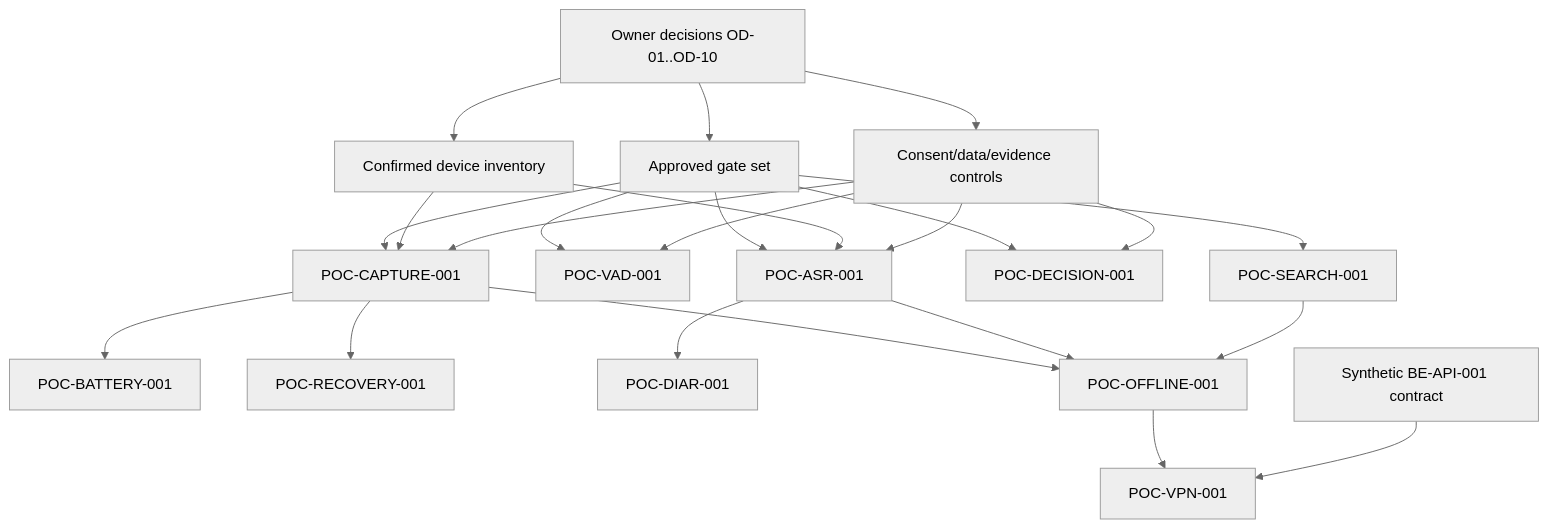
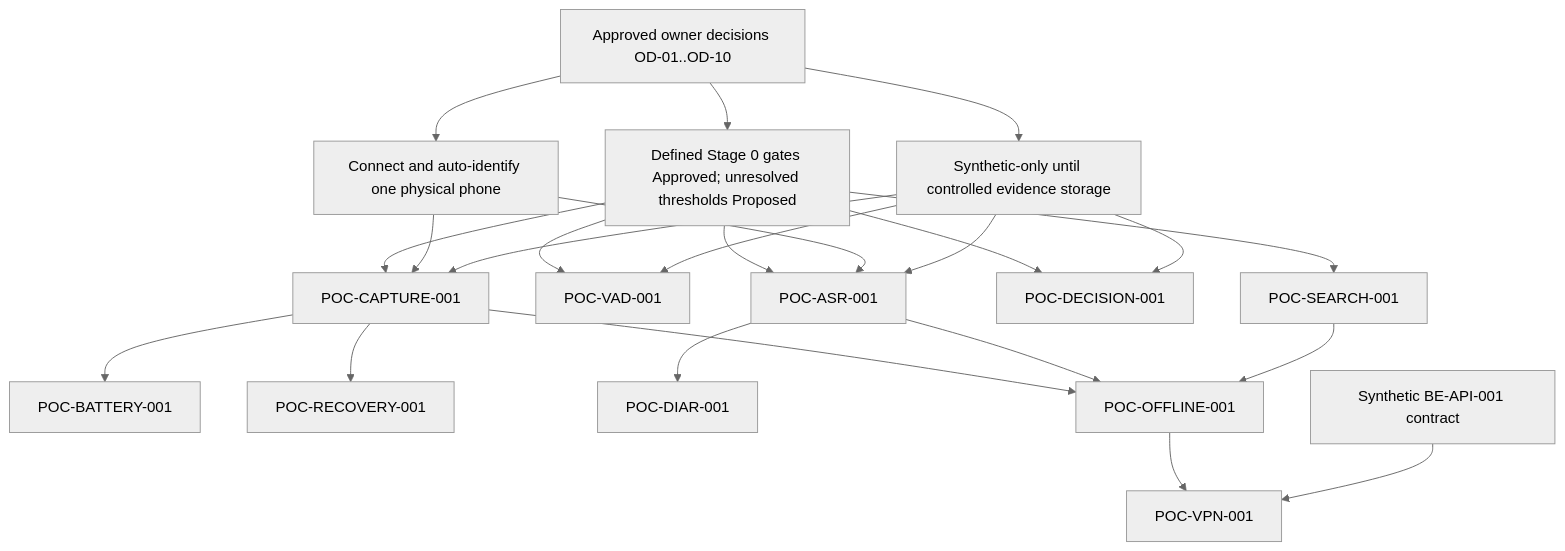
The diagram in docs/stage0/DORA_MVP1_POC_EXECUTION_ORDER.md (Monumentogram/DORA), drawn with Mermaid (neutral theme) before and after one commit. The commit also changed other lines of this file and 8 other files, not shown here.

Commit message:
docs: approve Stage 0 PoC decisions

````diff
--- a/docs/stage0/DORA_MVP1_POC_EXECUTION_ORDER.md
+++ b/docs/stage0/DORA_MVP1_POC_EXECUTION_ORDER.md
@@ -33,25 +34,25 @@
 ```mermaid
 flowchart TD
-    O["Owner decisions OD-01..OD-10"] --> G["Approved gate set"]
-    O --> D["Confirmed device inventory"]
-    O --> C["Consent/data/evidence controls"]
+    O["Approved owner decisions OD-01..OD-10"] --> G["Defined Stage 0 gates Approved; unresolved thresholds Proposed"]
+    O --> D["Connect and auto-identify one physical phone"]
+    O --> C["Synthetic-only until controlled evidence storage"]
     G --> CAP["POC-CAPTURE-001"]
     D --> CAP
     C --> CAP
     CAP --> BAT["POC-BATTERY-001"]
     CAP --> REC["POC-RECOVERY-001"]
     G --> VAD["POC-VAD-001"]
     C --> VAD
     G --> ASR["POC-ASR-001"]
     D --> ASR
     C --> ASR
     ASR --> DIAR["POC-DIAR-001"]
     G --> DEC["POC-DECISION-001"]
     C --> DEC
     G --> SEARCH["POC-SEARCH-001"]
     CAP --> OFF["POC-OFFLINE-001"]
     ASR --> OFF
     SEARCH --> OFF
     OFF --> VPN["POC-VPN-001"]
     API["Synthetic BE-API-001 contract"] --> VPN
 ```
````
